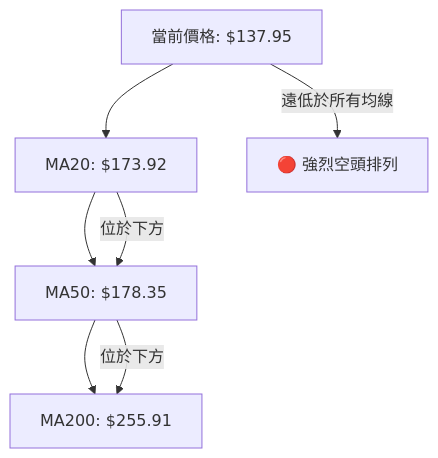
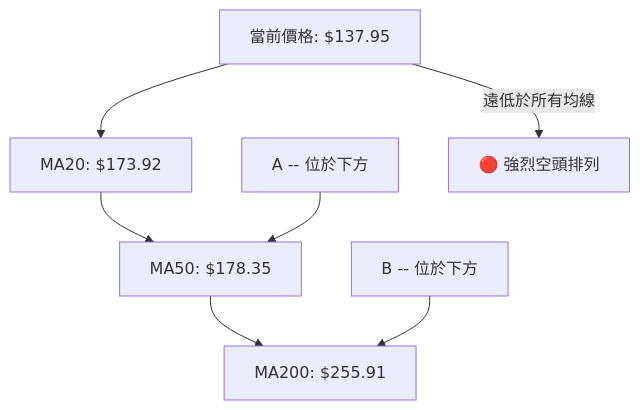
One commit to yennanliu/finance_data changed the seventh of 12 diagrams in ai_gen_report/stock/avav/technical_analysis_2026-06-29_gemini.md. Above: the diagram before and after it, drawn with Mermaid. The commit also changed other lines of this file and 2258 other files, not shown here.

First line of the commit message:
chore: backfill Mermaid syntax repair across existing reports

````diff
--- a/ai_gen_report/stock/avav/technical_analysis_2026-06-29_gemini.md
+++ b/ai_gen_report/stock/avav/technical_analysis_2026-06-29_gemini.md
@@ -379,9 +379,9 @@
 ```mermaid
 graph TD
-    A[MA20: $173.92] --> B[MA50: $178.35]
-    B --> C[MA200: $255.91]
-    A -- 位於下方 --> B
-    B -- 位於下方 --> C
-    D[當前價格: $137.95] --> A
-    D -- 遠低於所有均線 --> E[🔴 強烈空頭排列]
+    A["MA20: $173.92"] --> B["MA50: $178.35"]
+    B --> C["MA200: $255.91"]
+    nb1["A -- 位於下方"] --> B
+    nb2["B -- 位於下方"] --> C
+    D["當前價格: $137.95"] --> A
+    D -- 遠低於所有均線 --> E["🔴 強烈空頭排列"]
 ```
````
